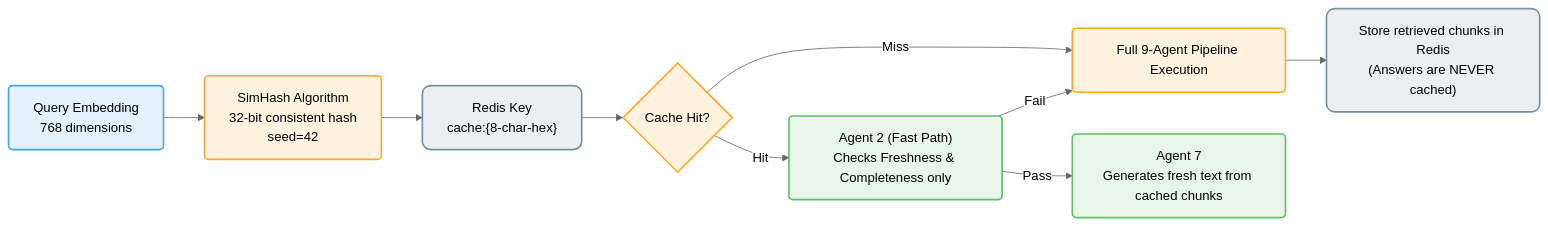
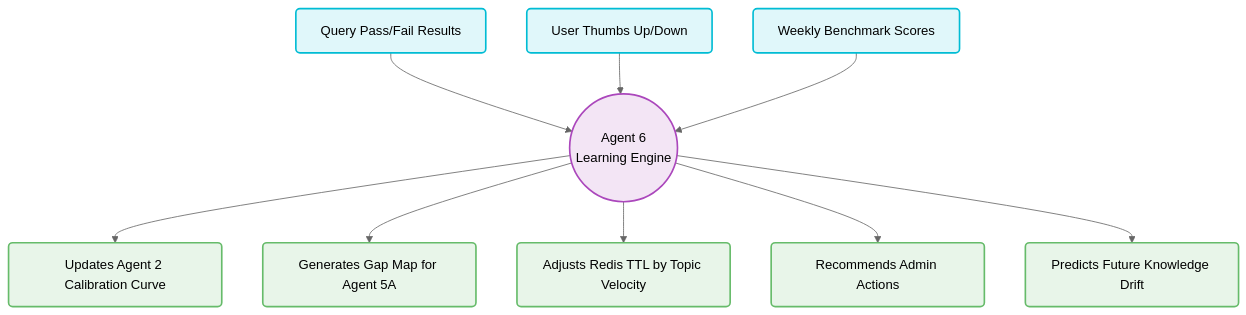
One commit to pavan939111/SelfLearning_Rag changed the ninth of 12 diagrams in ARCHITECTURE.md. Above: the diagram before and after it, drawn with Mermaid (neutral theme). The commit also changed other lines of this file and 2 other files, not shown here.

Commit message:
docs: finalize architecture documentation by merging highly-detailed agent and cycle diagrams into the new structure

````diff
--- a/ARCHITECTURE.md
+++ b/ARCHITECTURE.md
@@ -378,19 +245,18 @@
 ```mermaid
-flowchart LR
-    classDef input fill:#e3f2fd,stroke:#42a5f5,stroke-width:2px,color:#000,rx:5px
-    classDef process fill:#fff3e0,stroke:#ffa726,stroke-width:2px,color:#000,rx:5px
-    classDef db fill:#eceff1,stroke:#78909c,stroke-width:2px,color:#000,rx:10px
-    classDef success fill:#e8f5e9,stroke:#66bb6a,stroke-width:2px,color:#000,rx:5px
+flowchart TD
+    classDef input fill:#e0f7fa,stroke:#00bcd4,stroke-width:2px,color:#000,rx:5px
+    classDef engine fill:#f3e5f5,stroke:#ab47bc,stroke-width:2px,color:#000,rx:10px
+    classDef output fill:#e8f5e9,stroke:#66bb6a,stroke-width:2px,color:#000,rx:5px
 
-    Q["Query Embedding\n768 dimensions"]:::input --> HASH["SimHash Algorithm\n32-bit consistent hash\nseed=42"]:::process
-    HASH --> KEY["Redis Key\ncache:{8-char-hex}"]:::db
-    KEY --> CHECK{"Cache Hit?"}:::process
+    I1["Query Pass/Fail Results"]:::input --> A6
+    I2["User Thumbs Up/Down"]:::input --> A6
+    I3["Weekly Benchmark Scores"]:::input --> A6
     
-    CHECK -->|"Hit"| VERIFY["Agent 2 (Fast Path)\nChecks Freshness & Completeness only"]:::success
-    CHECK -->|"Miss"| FULL["Full 9-Agent Pipeline Execution"]:::process
+    A6(("Agent 6\nLearning Engine")):::engine
     
-    VERIFY -->|"Pass"| A7["Agent 7\nGenerates fresh text from cached chunks"]:::success
-    VERIFY -->|"Fail"| FULL
-    
-    FULL --> STORE["Store retrieved chunks in Redis\n(Answers are NEVER cached)"]:::db
+    A6 --> O1["Updates Agent 2 Calibration Curve"]:::output
+    A6 --> O2["Generates Gap Map for Agent 5A"]:::output
+    A6 --> O3["Adjusts Redis TTL by Topic Velocity"]:::output
+    A6 --> O4["Recommends Admin Actions"]:::output
+    A6 --> O5["Predicts Future Knowledge Drift"]:::output
 ```
````
